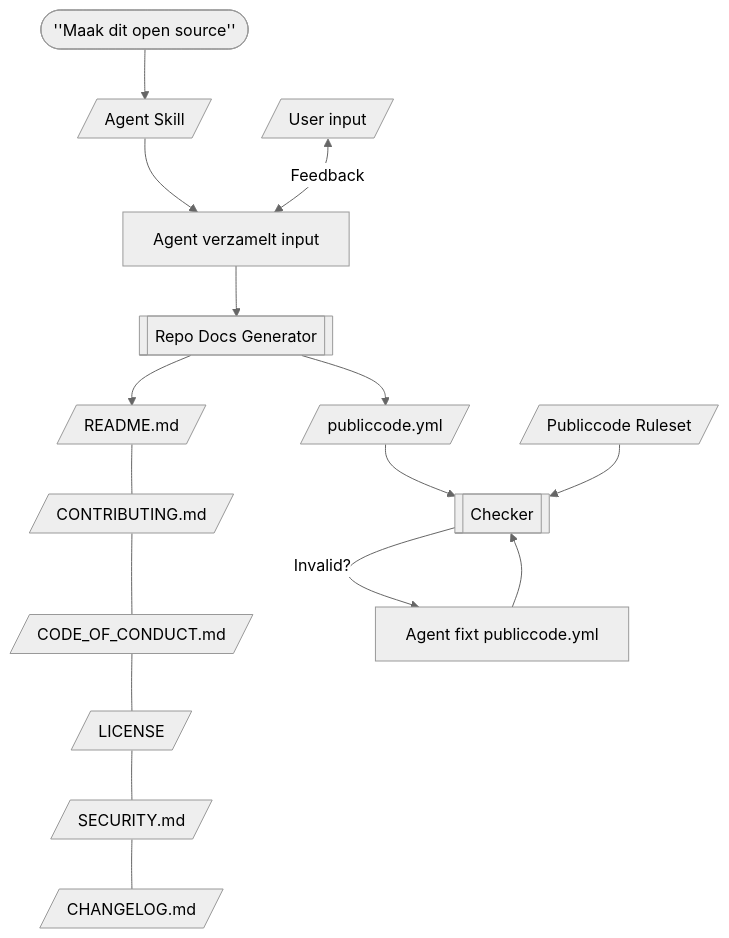
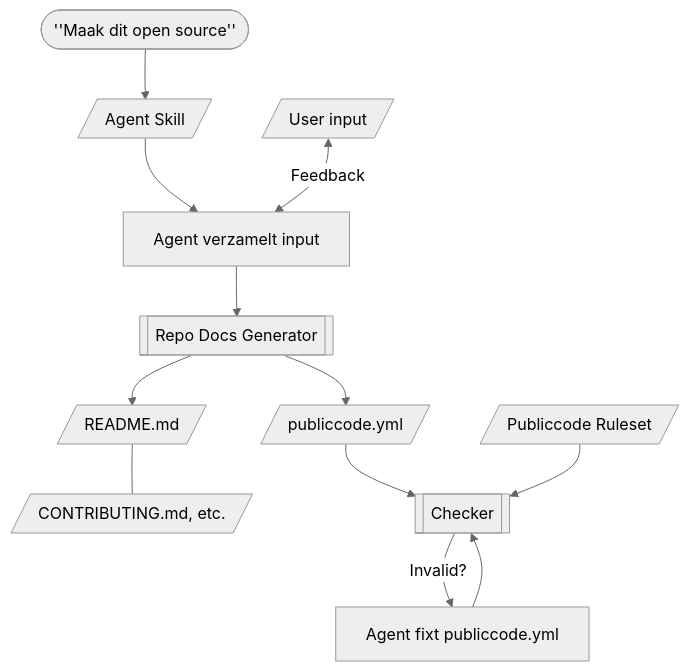
Before and after one commit to developer-overheid-nl/don-site: the second of 2 diagrams in blog/draft/tools-in-the-loop.md, drawn with Mermaid (neutral theme). The commit also changed other lines of this file and 1 other file, not shown here.

````diff
--- a/blog/draft/tools-in-the-loop.md
+++ b/blog/draft/tools-in-the-loop.md
@@ -146,10 +198,10 @@
 ```mermaid
 graph TD
     H([''Maak dit open source''])-->AS[/Agent Skill/]-->I[Agent verzamelt input]
     U[/User input/]<-->|Feedback|I
     I-->T[[Repo Docs Generator]]
-    T-->R[/README.md/]---C[/CONTRIBUTING.md/]---COC[/CODE_OF_CONDUCT.md/]---LIC[/LICENSE/]---SEC[/SECURITY.md/]---CL[/CHANGELOG.md/]
+    T-->R[/README.md/]---C[/CONTRIBUTING.md, etc./]
     T-->P[/publiccode.yml/]-->L[[Checker]]
     PR[/Publiccode Ruleset/]-->L
     L--Invalid?-->M[Agent fixt publiccode.yml]-->L
 ```
````
